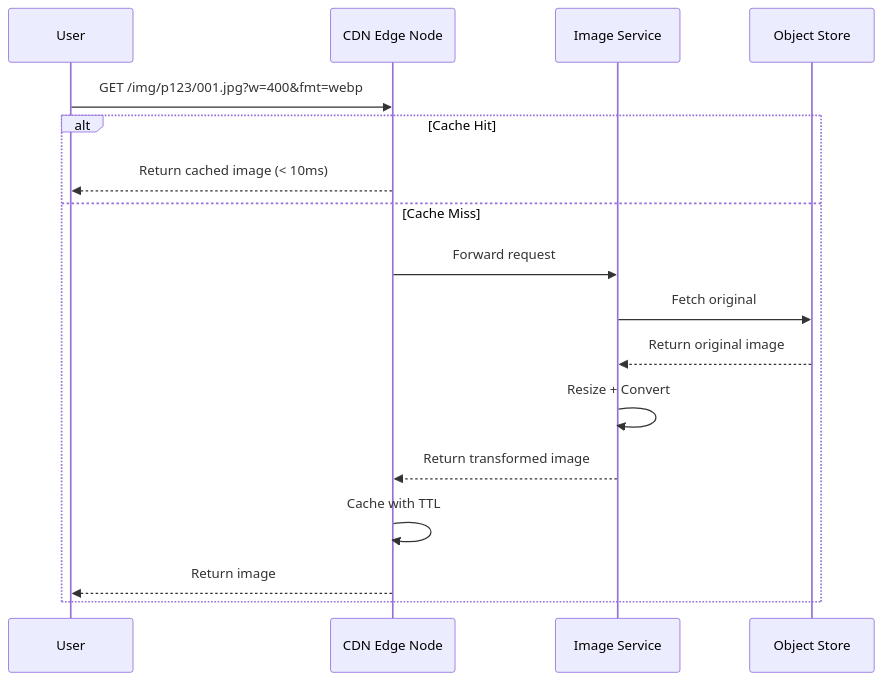
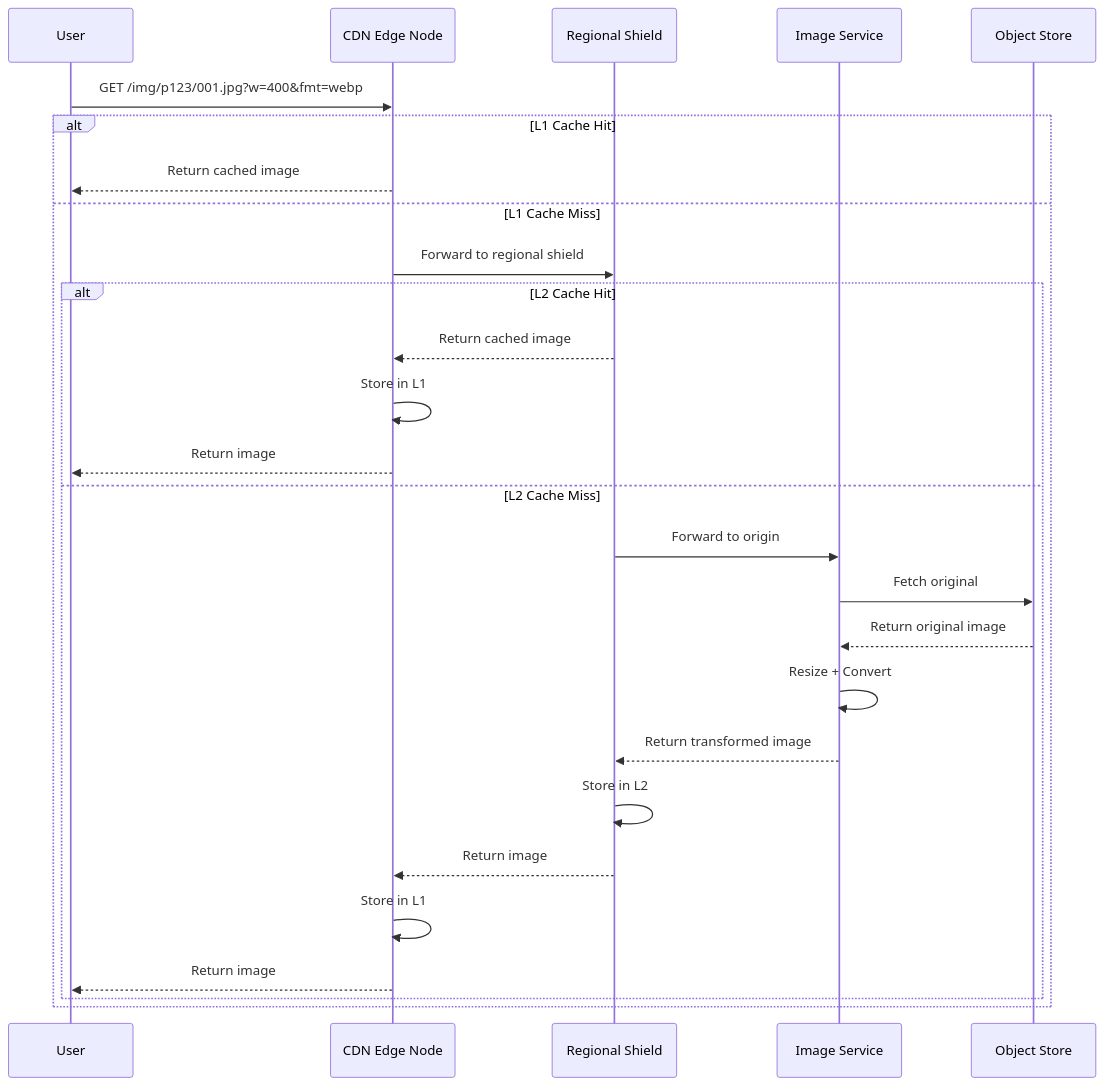
Before and after one commit to bindian0509/system-design: the seventh of 16 diagrams in interview_experiences/Playlist/technical-design-document-review/ecommerce-image-serving-system.md, drawn with Mermaid. The commit also changed other lines of this file, not shown here.

Commit message:
image search tdd

````diff
--- a/interview_experiences/Playlist/technical-design-document-review/ecommerce-image-serving-system.md
+++ b/interview_experiences/Playlist/technical-design-document-review/ecommerce-image-serving-system.md
@@ -156,20 +278,30 @@
 ```mermaid
 sequenceDiagram
     participant User
     participant CDN as CDN Edge Node
+    participant Shield as Regional Shield
     participant Service as Image Service
     participant Store as Object Store
 
     User->>CDN: GET /img/p123/001.jpg?w=400&fmt=webp
-    alt Cache Hit
-        CDN-->>User: Return cached image (< 10ms)
-    else Cache Miss
-        CDN->>Service: Forward request
-        Service->>Store: Fetch original
-        Store-->>Service: Return original image
-        Service->>Service: Resize + Convert
-        Service-->>CDN: Return transformed image
-        CDN->>CDN: Cache with TTL
-        CDN-->>User: Return image
+    alt L1 Cache Hit
+        CDN-->>User: Return cached image
+    else L1 Cache Miss
+        CDN->>Shield: Forward to regional shield
+        alt L2 Cache Hit
+            Shield-->>CDN: Return cached image
+            CDN->>CDN: Store in L1
+            CDN-->>User: Return image
+        else L2 Cache Miss
+            Shield->>Service: Forward to origin
+            Service->>Store: Fetch original
+            Store-->>Service: Return original image
+            Service->>Service: Resize + Convert
+            Service-->>Shield: Return transformed image
+            Shield->>Shield: Store in L2
+            Shield-->>CDN: Return image
+            CDN->>CDN: Store in L1
+            CDN-->>User: Return image
+        end
     end
 ```
````
